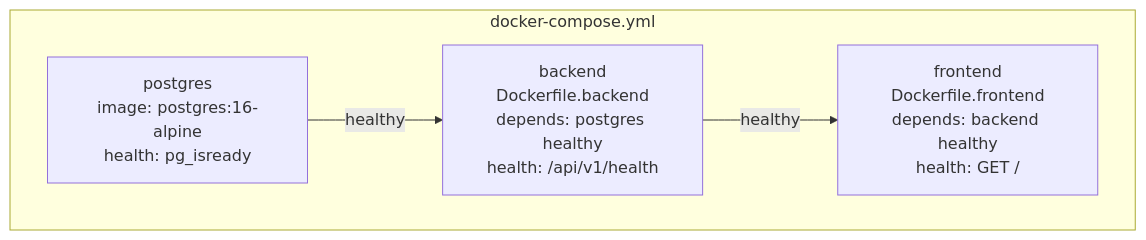
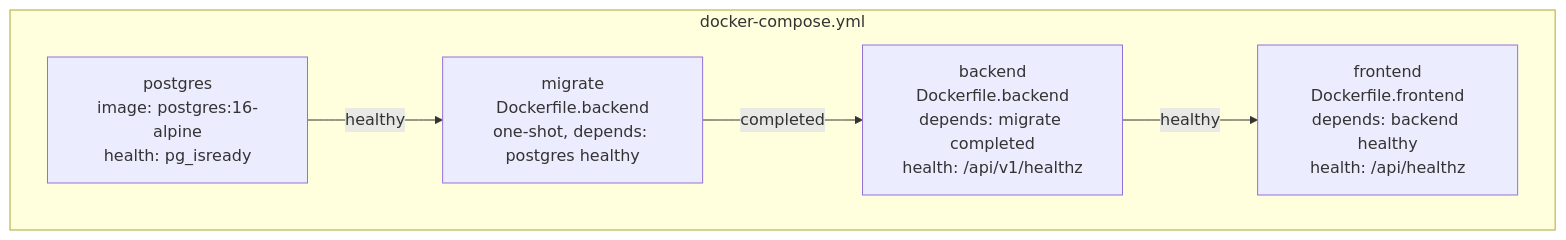
Before and after one commit to berserkhmdvhb/fullstack_template: the second of 2 diagrams in wiki/infrastructure.md, drawn with Mermaid. The commit also changed other lines of this file and 12 other files, not shown here.

````diff
--- a/wiki/infrastructure.md
+++ b/wiki/infrastructure.md
@@ -145,11 +134,13 @@
 ```mermaid
 flowchart TB
     subgraph Compose["docker-compose.yml"]
         PG["postgres<br/>image: postgres:16-alpine<br/>health: pg_isready"]
-        BE["backend<br/>Dockerfile.backend<br/>depends: postgres healthy<br/>health: /api/v1/health"]
-        FE["frontend<br/>Dockerfile.frontend<br/>depends: backend healthy<br/>health: GET /"]
+        MG["migrate<br/>Dockerfile.backend<br/>one-shot, depends: postgres healthy"]
+        BE["backend<br/>Dockerfile.backend<br/>depends: migrate completed<br/>health: /api/v1/healthz"]
+        FE["frontend<br/>Dockerfile.frontend<br/>depends: backend healthy<br/>health: /api/healthz"]
     end
 
-    PG -->|"healthy"| BE
+    PG -->|"healthy"| MG
+    MG -->|"completed"| BE
     BE -->|"healthy"| FE
 ```
````
